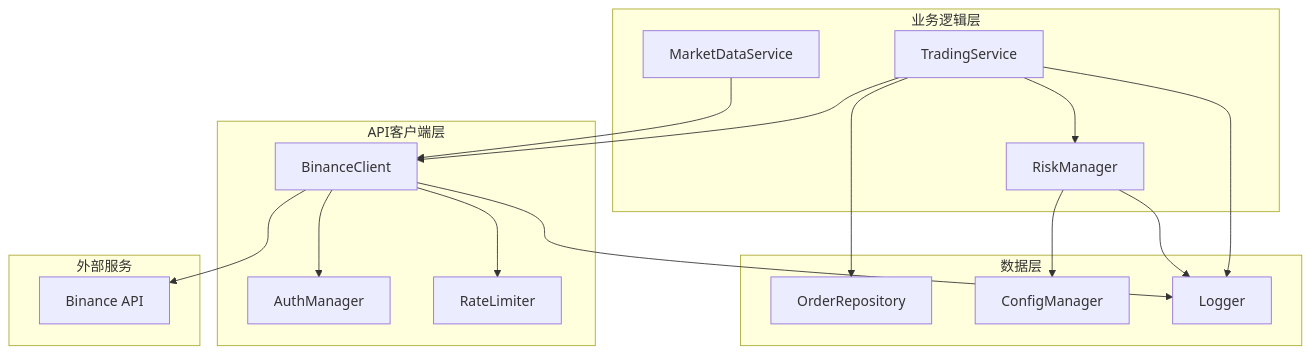
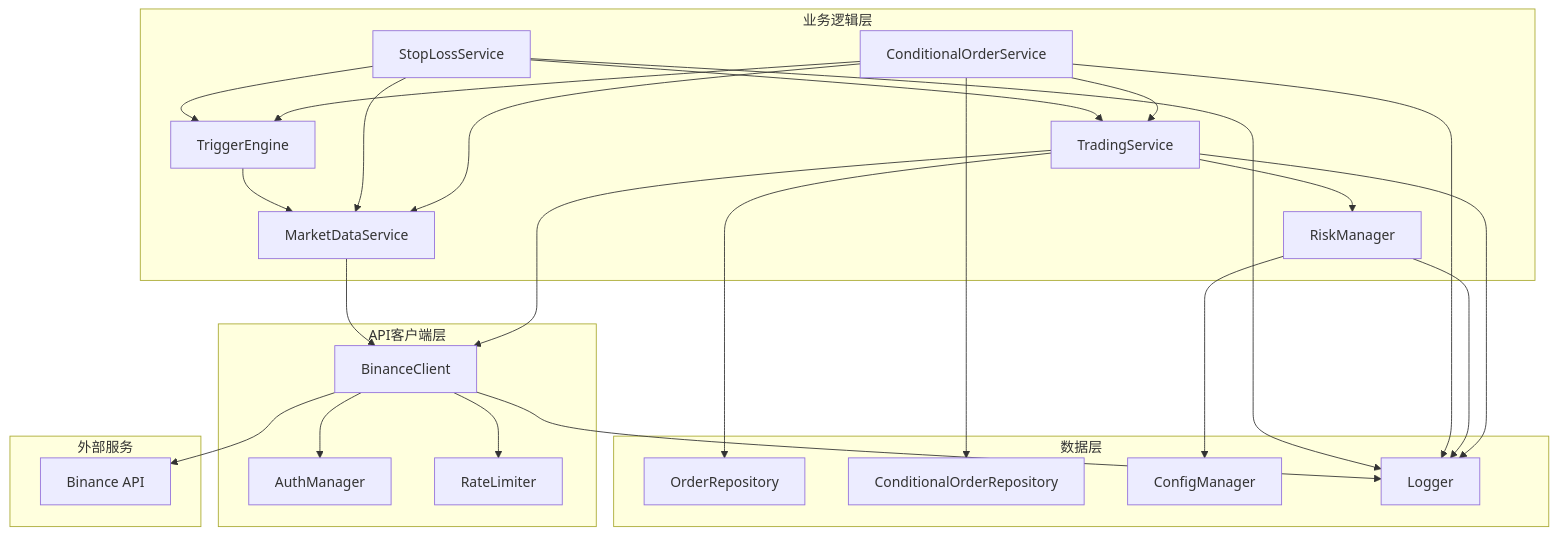
Before and after one commit to wangjintianya/binance-trade: the diagram in .kiro/specs/binance-auto-trading/design.md, drawn with Mermaid. The commit also changed other lines of this file and 68 other files, not shown here.

````diff
--- a/.kiro/specs/binance-auto-trading/design.md
+++ b/.kiro/specs/binance-auto-trading/design.md
@@ -30,36 +30,50 @@
 ```mermaid
 graph TB
     subgraph "业务逻辑层"
         TS[TradingService]
         RM[RiskManager]
         MDS[MarketDataService]
+        COS[ConditionalOrderService]
+        SLS[StopLossService]
+        TE[TriggerEngine]
     end
     
     subgraph "API客户端层"
         BC[BinanceClient]
         Auth[AuthManager]
         RL[RateLimiter]
     end
     
     subgraph "数据层"
         OR[OrderRepository]
+        COR[ConditionalOrderRepository]
         CM[ConfigManager]
         Log[Logger]
     end
     
     subgraph "外部服务"
         BA[Binance API]
     end
     
     TS --> BC
     TS --> RM
     TS --> OR
     MDS --> BC
+    COS --> TE
+    COS --> MDS
+    COS --> TS
+    COS --> COR
+    SLS --> TE
+    SLS --> MDS
+    SLS --> TS
+    TE --> MDS
     RM --> CM
     BC --> Auth
     BC --> RL
     BC --> BA
     BC --> Log
     TS --> Log
     RM --> Log
+    COS --> Log
+    SLS --> Log
 ```
````
